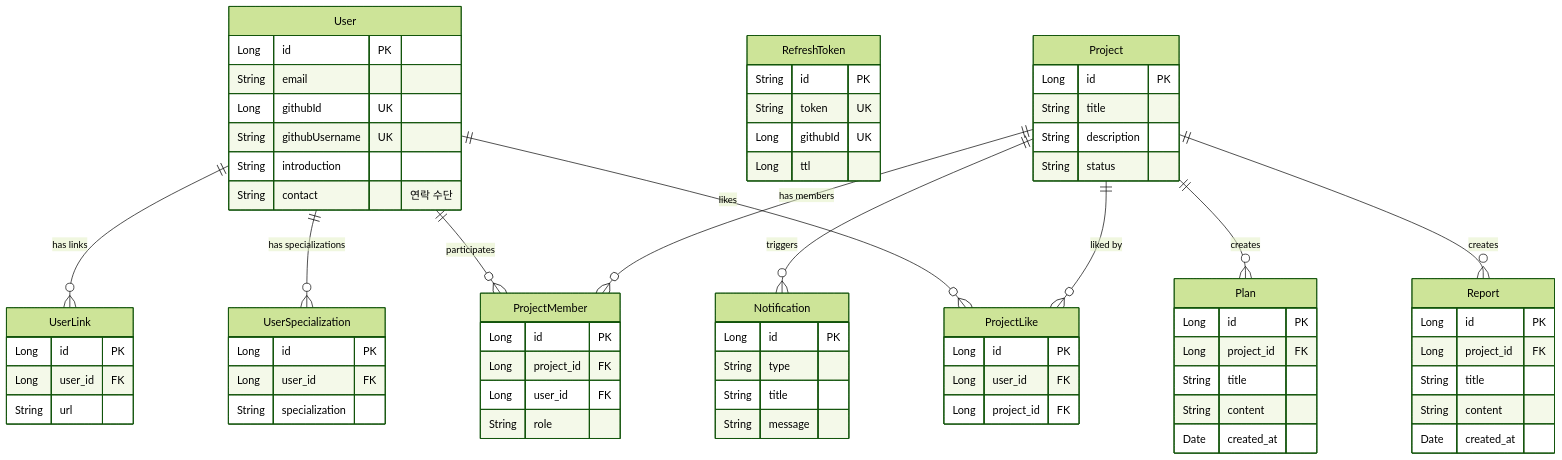
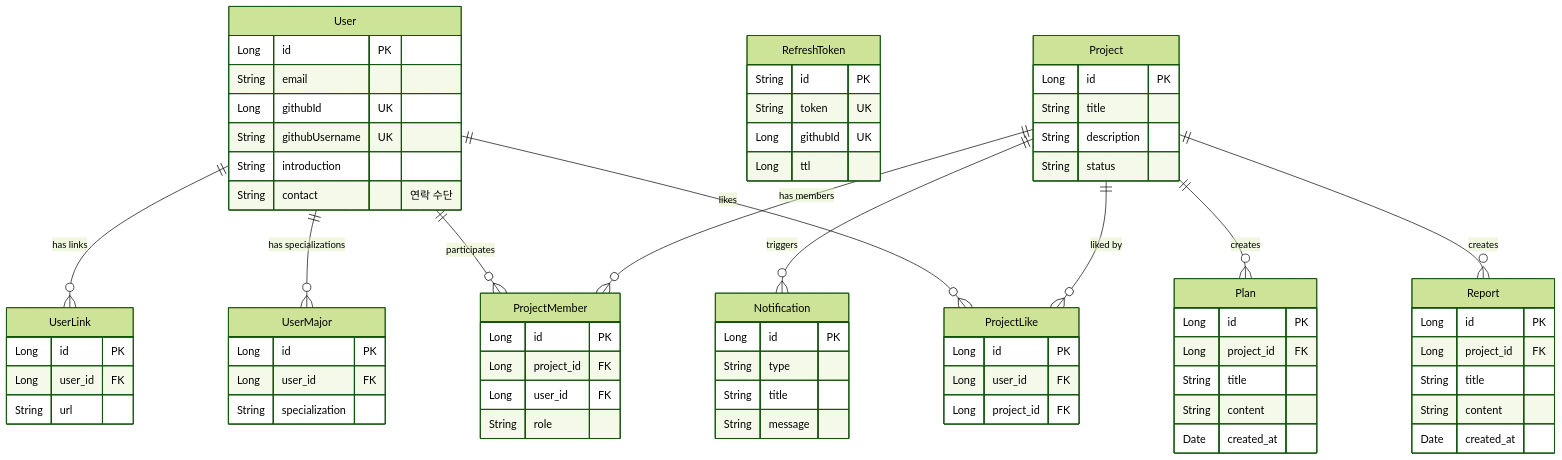
Before and after one commit to Pmanchu-Service/Pmanchu_BE_ver.POP: the diagram in README.md, drawn with Mermaid (forest theme).

Commit message:
docs: (#6) 엔티티 이름 변경

```diff
--- a/README.md
+++ b/README.md
@@ -12,7 +12,7 @@
         String contact "연락 수단"
     }
 
-    UserSpecialization {
+    UserMajor {
         Long id PK
         Long user_id FK
         String specialization
@@ -76,7 +76,7 @@
 
     User ||--o{ ProjectLike : "likes"
     User ||--o{ ProjectMember : "participates"
-    User ||--o{ UserSpecialization : "has specializations"
+    User ||--o{ UserMajor : "has specializations"
     User ||--o{ UserLink : "has links"
     Project ||--o{ Report : "creates"
     Project ||--o{ Plan : "creates"
```
